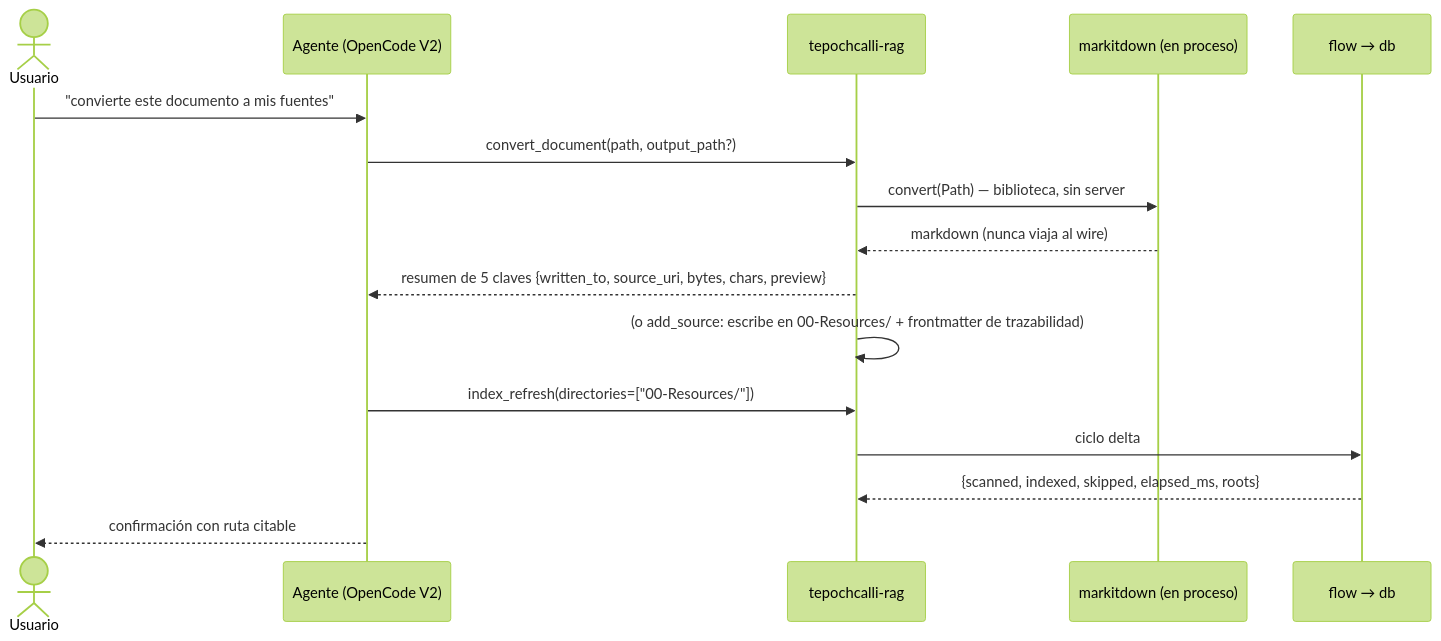
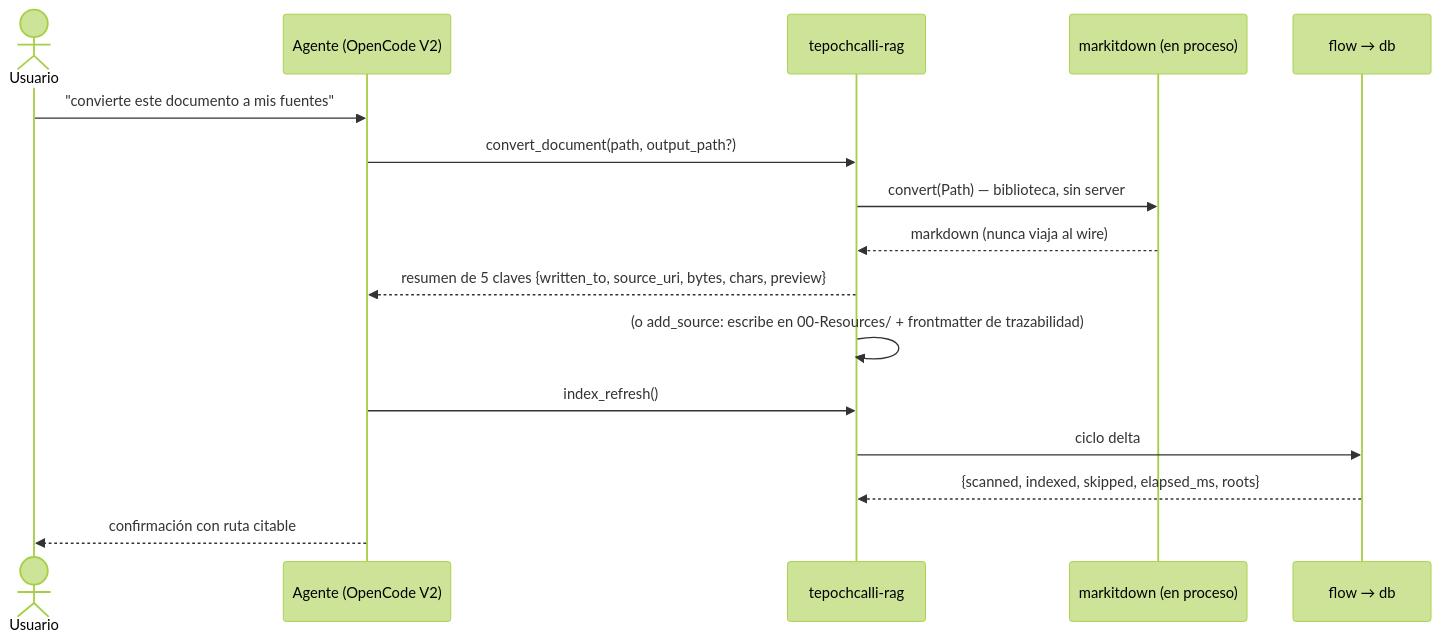
Before and after one commit to Fisherk2/tepochcalli-opencode: the third of 5 diagrams in docs/ARCHITECTURE.md, drawn with Mermaid (forest theme). The commit also changed other lines of this file and 15 other files, not shown here.

````diff
--- a/docs/ARCHITECTURE.md
+++ b/docs/ARCHITECTURE.md
@@ -85,18 +85,18 @@
 ```mermaid
 sequenceDiagram
     actor U as Usuario
     participant A as Agente (OpenCode V2)
     participant S as tepochcalli-rag
     participant M as markitdown (en proceso)
     participant F as flow → db
     U->>A: "convierte este documento a mis fuentes"
     A->>S: convert_document(path, output_path?)
     S->>M: convert(Path) — biblioteca, sin server
     M-->>S: markdown (nunca viaja al wire)
     S-->>A: resumen de 5 claves {written_to, source_uri, bytes, chars, preview}
     S->>S: (o add_source: escribe en 00-Resources/ + frontmatter de trazabilidad)
-    A->>S: index_refresh(directories=["00-Resources/"])
+    A->>S: index_refresh()
     S->>F: ciclo delta
     F-->>S: {scanned, indexed, skipped, elapsed_ms, roots}
     A-->>U: confirmación con ruta citable
 ```
````
